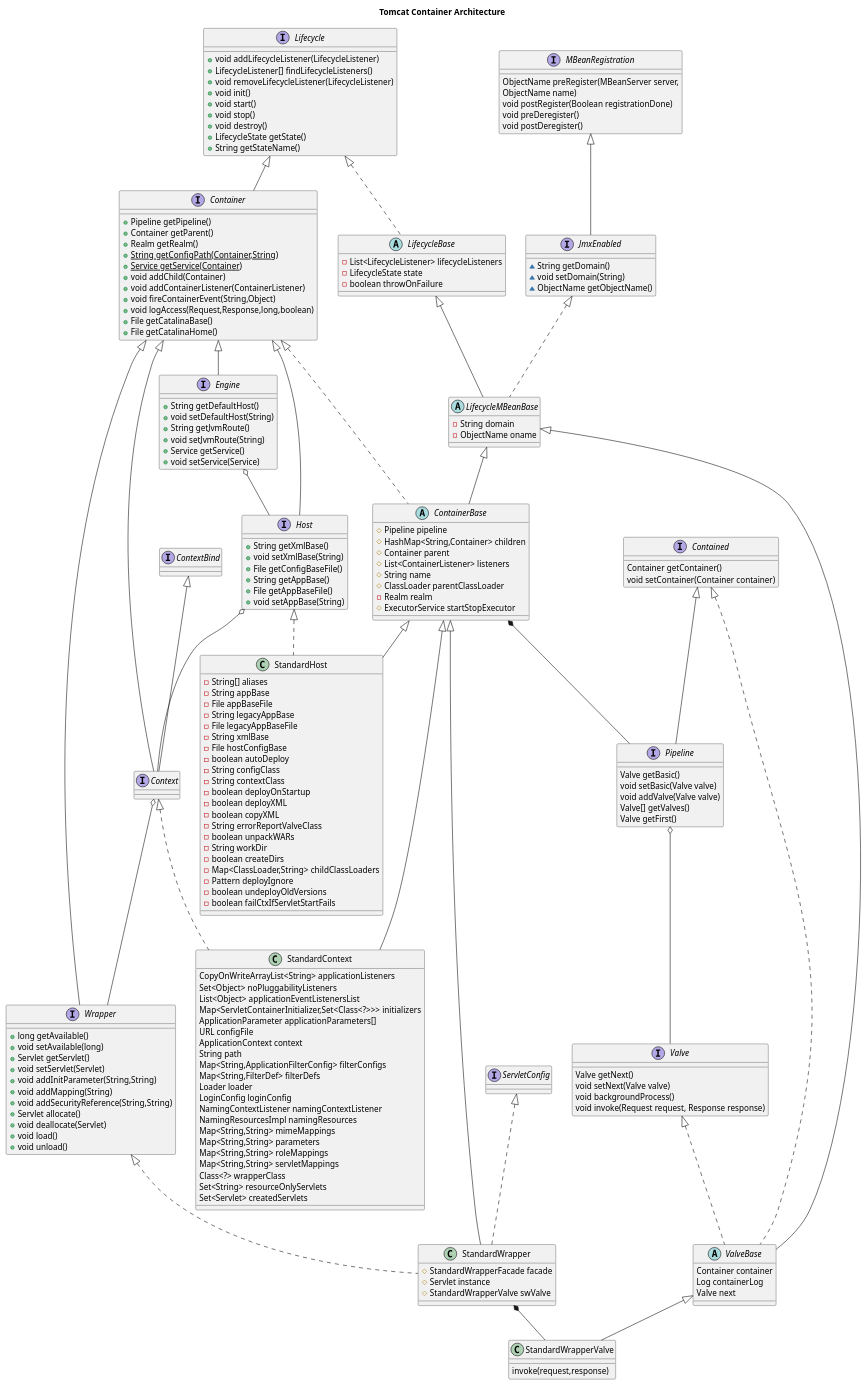
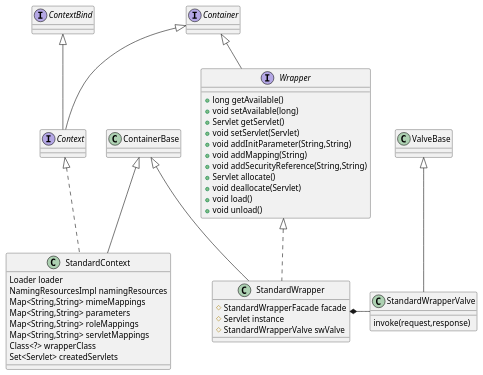
The eighth of 8 diagrams in content/post/java/tomcat.md (kevinwang930/kevinwang930.github.io), drawn with PlantUML before and after one commit. The commit also changed other lines of this file and 1 other file, not shown here.

````diff
--- a/content/post/java/tomcat.md
+++ b/content/post/java/tomcat.md
@@ -320,141 +571,20 @@
 ```plantuml
-title: Tomcat Container Architecture
-interface Lifecycle {
-
-+ void addLifecycleListener(LifecycleListener)
-+ LifecycleListener[] findLifecycleListeners()
-+ void removeLifecycleListener(LifecycleListener)
-+ void init()
-+ void start()
-+ void stop()
-+ void destroy()
-+ LifecycleState getState()
-+ String getStateName()
-}
-
-
-abstract class LifecycleBase implements Lifecycle {
-- List<LifecycleListener> lifecycleListeners
-- LifecycleState state
-- boolean throwOnFailure
-}
-
-interface MBeanRegistration {
-    ObjectName preRegister(MBeanServer server,
-                                  ObjectName name)
-    void postRegister(Boolean registrationDone)
-    void preDeregister()
-    void postDeregister()
-}
-interface JmxEnabled extends MBeanRegistration {
-~ String getDomain()
-~ void setDomain(String)
-~ ObjectName getObjectName()
-}
-
-abstract class LifecycleMBeanBase extends LifecycleBase implements JmxEnabled {
-
-- String domain
-- ObjectName oname
-}
-
-
-interface Container extends Lifecycle {
-
-+ Pipeline getPipeline()
-+ Container getParent()
-+ Realm getRealm()
-+ {static} String getConfigPath(Container,String)
-+ {static} Service getService(Container)
-+ void addChild(Container)
-+ void addContainerListener(ContainerListener)
-+ void fireContainerEvent(String,Object)
-+ void logAccess(Request,Response,long,boolean)
-+ File getCatalinaBase()
-+ File getCatalinaHome()
-}
-
-interface Engine extends Container {
-+ String getDefaultHost()
-+ void setDefaultHost(String)
-+ String getJvmRoute()
-+ void setJvmRoute(String)
-+ Service getService()
-+ void setService(Service)
-}
-
-interface Host extends Container {
-
-+ String getXmlBase()
-+ void setXmlBase(String)
-+ File getConfigBaseFile()
-+ String getAppBase()
-+ File getAppBaseFile()
-+ void setAppBase(String)
-}
-
-abstract class ContainerBase extends LifecycleMBeanBase implements Container {
-# Pipeline pipeline
-# HashMap<String,Container> children
-# Container parent
-# List<ContainerListener> listeners
-# String name
-# ClassLoader parentClassLoader
-- Realm realm
-# ExecutorService startStopExecutor
-}
-class StandardHost extends ContainerBase implements Host {
-
-- String[] aliases
-- String appBase
-- File appBaseFile
-- String legacyAppBase
-- File legacyAppBaseFile
-- String xmlBase
-- File hostConfigBase
-- boolean autoDeploy
-- String configClass
-- String contextClass
-- boolean deployOnStartup
-- boolean deployXML
-- boolean copyXML
-- String errorReportValveClass
-- boolean unpackWARs
-- String workDir
-- boolean createDirs
-- Map<ClassLoader,String> childClassLoaders
-- Pattern deployIgnore
-- boolean undeployOldVersions
-- boolean failCtxIfServletStartFails
-}
-
 interface Context extends Container, ContextBind{
 
 }
 
 class StandardContext extends ContainerBase implements Context {
-    CopyOnWriteArrayList<String> applicationListeners
-    Set<Object> noPluggabilityListeners
-    List<Object> applicationEventListenersList
-    Map<ServletContainerInitializer,Set<Class<?>>> initializers
-    ApplicationParameter applicationParameters[]
-    URL configFile
-    ApplicationContext context
-    String path
-    Map<String,ApplicationFilterConfig> filterConfigs
-    Map<String,FilterDef> filterDefs
+    
     Loader loader
-    LoginConfig loginConfig
-    NamingContextListener namingContextListener
     NamingResourcesImpl namingResources
     Map<String,String> mimeMappings
     Map<String,String> parameters
     Map<String,String> roleMappings
     Map<String,String> servletMappings
     Class<?> wrapperClass
-    Set<String> resourceOnlyServlets
     Set<Servlet> createdServlets
 }
+
 
 
 interface Wrapper extends Container  {
@@ -473,51 +603,16 @@
 }
 
 
-class StandardWrapper extends ContainerBase implements ServletConfig, Wrapper {
+class StandardWrapper extends ContainerBase implements  Wrapper {
 # StandardWrapperFacade facade
 # Servlet instance
 # StandardWrapperValve swValve
 }
 
-
-
-interface Contained {
-    Container getContainer()
-    void setContainer(Container container)
-}
-
-interface Pipeline extends Contained {
-    Valve getBasic()
-    void setBasic(Valve valve)
-    void addValve(Valve valve)
-    Valve[] getValves()
-    Valve getFirst()
-}
-
-interface Valve {
-    Valve getNext()
-    void setNext(Valve valve)
-    void backgroundProcess()
-    void invoke(Request request, Response response)
-}
-
-abstract class ValveBase extends LifecycleMBeanBase implements Contained, Valve {
-    Container container
-    Log containerLog
-    Valve next
-
-}
-
 class StandardWrapperValve extends ValveBase {
     invoke(request,response)
 }
+StandardWrapper *-right- StandardWrapperValve
 
 
-Engine o-- Host
-Host o-- Context
-Context o-- Wrapper
-ContainerBase *-- Pipeline
-Pipeline o-- Valve
-StandardWrapper *-right- StandardWrapperValve
-
 ```
````
